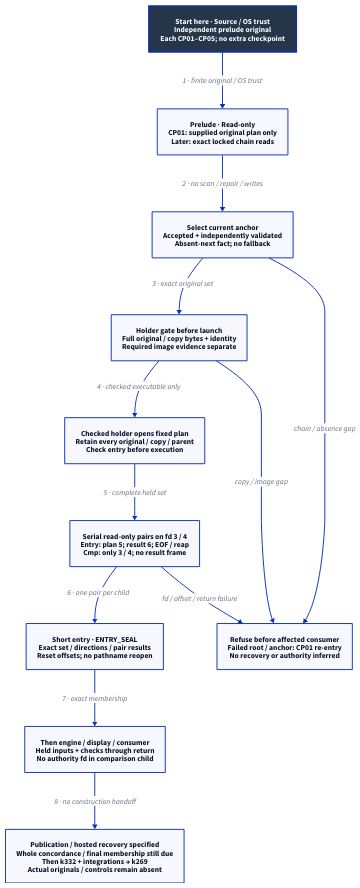
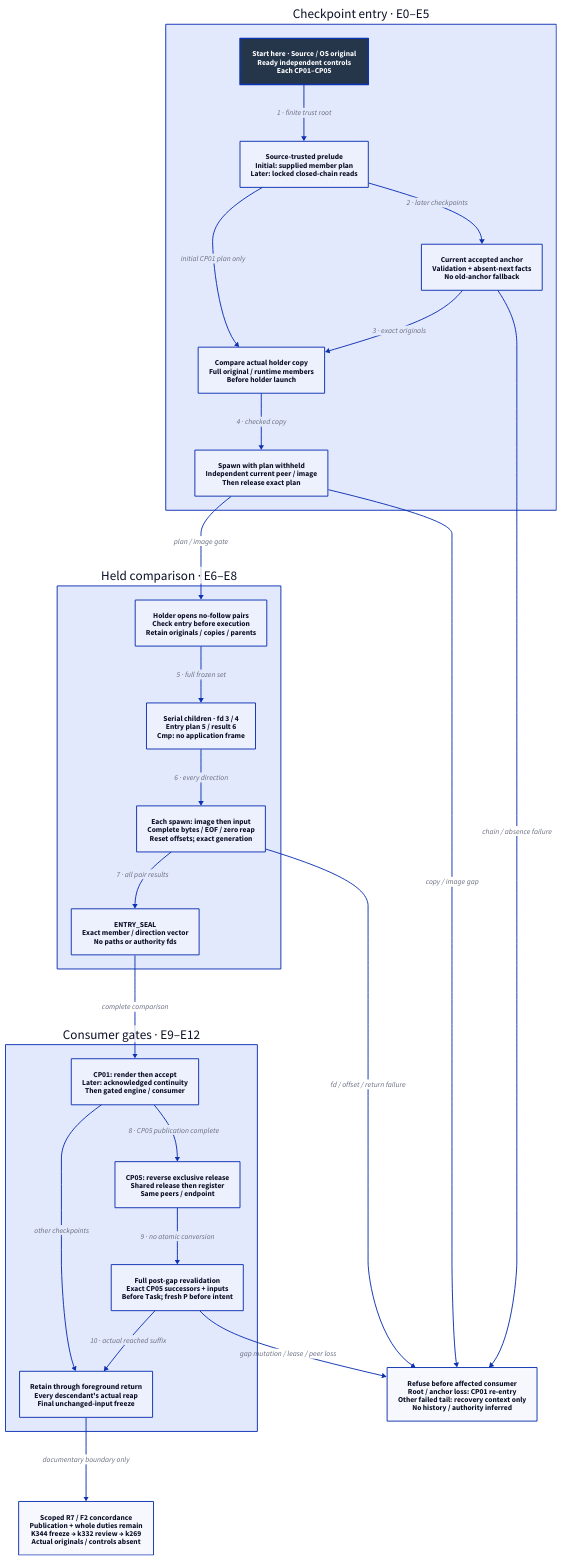
One commit to Linkuistics/Koine changed the diagram in docs/design/architecture/native-reference-proof.d2. Above: the diagram before and after it, drawn with D2. The commit also changed 12 other files, not shown here.

Commit message:
Concord pre-tool consumers and CP05 revalidation (reference-evidence-pretool-consumer-concordance-k345)

```diff
--- a/docs/design/architecture/native-reference-proof.d2
+++ b/docs/design/architecture/native-reference-proof.d2
@@ -1,26 +1,51 @@
-# Specified pre-tool path; whole k331 concordance/membership and k332 review precede use.
+# Scoped pre-tool consumer concordance; publication/recovery and whole closure stay live.
 direction: down
 classes: {
   start: {style: {fill: "#25364B"; font-color: "#FFFFFF"; bold: true; stroke-width: 3}}
 }
-Start: "Start here · Source / OS trust\nIndependent prelude original\nEach CP01–CP05; no extra checkpoint" {class: start}
-Prelude: "Prelude · Read-only\nCP01: supplied original plan only\nLater: exact locked chain reads"
-Select: "Select current anchor\nAccepted + independently validated\nAbsent-next fact; no fallback"
-Gate: "Holder gate before launch\nFull original / copy bytes + identity\nRequired image evidence separate"
-Holder: "Checked holder opens fixed plan\nRetain every original / copy / parent\nCheck entry before execution"
-Pairs: "Serial read-only pairs on fd 3 / 4\nEntry: plan 5; result 6; EOF / reap\nCmp: only 3 / 4; no result frame"
-Seal: "Short entry · ENTRY_SEAL\nExact set / directions / pair results\nReset offsets; no pathname reopen"
-Ready: "Then engine / display / consumer\nHeld inputs + checks through return\nNo authority fd in comparison child"
-Unavailable: "Refuse before affected consumer\nFailed root / anchor: CP01 re-entry\nNo recovery or authority inferred"
-Live: "Publication / hosted recovery specified\nWhole concordance / final membership still due\nThen k332 + integrations → k269\nActual originals / controls remain absent"
-Start -> Prelude: "1 · finite original / OS trust"
-Prelude -> Select: "2 · no scan / repair / writes"
-Select -> Gate: "3 · exact original set"
-Gate -> Holder: "4 · checked executable only"
-Holder -> Pairs: "5 · complete held set"
-Pairs -> Seal: "6 · one pair per child"
-Seal -> Ready: "7 · exact membership"
-Select -> Unavailable: "chain / absence gap"
-Gate -> Unavailable: "copy / image gap"
-Pairs -> Unavailable: "fd / offset / return failure"
-Ready -> Live: "8 · no construction handoff"
+Entry: {
+  label: "Checkpoint entry · E0–E5"
+  direction: down
+  Start: "Start here · Source / OS original\nReady independent controls\nEach CP01–CP05" {class: start}
+  Prelude: "Source-trusted prelude\nInitial: supplied member plan\nLater: locked closed-chain reads"
+  Select: "Current accepted anchor\nValidation + absent-next facts\nNo old-anchor fallback"
+  Gate: "Compare actual holder copy\nFull original / runtime members\nBefore holder launch"
+  Image: "Spawn with plan withheld\nIndependent current peer / image\nThen release exact plan"
+  Start -> Prelude: "1 · finite trust root"
+  Prelude -> Select: "2 · later checkpoints"
+  Select -> Gate: "3 · exact originals"
+  Prelude -> Gate: "initial CP01 plan only"
+  Gate -> Image: "4 · checked copy"
+}
+Compare: {
+  label: "Held comparison · E6–E8"
+  direction: down
+  Holder: "Holder opens no-follow pairs\nCheck entry before execution\nRetain originals / copies / parents"
+  Pairs: "Serial children · fd 3 / 4\nEntry plan 5 / result 6\nCmp: no application frame"
+  Join: "Each spawn: image then input\nComplete bytes / EOF / zero reap\nReset offsets; exact generation"
+  Seal: "ENTRY_SEAL\nExact member / direction vector\nNo paths or authority fds"
+  Holder -> Pairs: "5 · full frozen set"
+  Pairs -> Join: "6 · every direction"
+  Join -> Seal: "7 · all pair results"
+}
+Consume: {
+  label: "Consumer gates · E9–E12"
+  direction: down
+  Ready: "CP01: render then accept\nLater: acknowledged continuity\nThen gated engine / consumer"
+  Transition: "CP05: reverse exclusive release\nShared release then register\nSame peers / endpoint"
+  Recheck: "Full post-gap revalidation\nExact CP05 successors + inputs\nBefore Task; fresh P before intent"
+  Return: "Retain through foreground return\nEvery descendant's actual reap\nFinal unchanged-input freeze"
+  Ready -> Transition: "8 · CP05 publication complete"
+  Transition -> Recheck: "9 · no atomic conversion"
+  Recheck -> Return: "10 · actual reached suffix"
+  Ready -> Return: "other checkpoints"
+}
+Unavailable: "Refuse before affected consumer\nRoot / anchor loss: CP01 re-entry\nOther failed tail: recovery context only\nNo history / authority inferred"
+Remaining: "Scoped R7 / F2 concordance\nPublication + whole duties remain\nK344 freeze → k332 review → k269\nActual originals / controls absent"
+Entry.Image -> Compare.Holder: "plan / image gate"
+Compare.Seal -> Consume.Ready: "complete comparison"
+Entry.Select -> Unavailable: "chain / absence failure"
+Entry.Image -> Unavailable: "copy / image gap"
+Compare.Join -> Unavailable: "fd / offset / return failure"
+Consume.Recheck -> Unavailable: "gap mutation / lease / peer loss"
+Consume.Return -> Remaining: "documentary boundary only"
```
